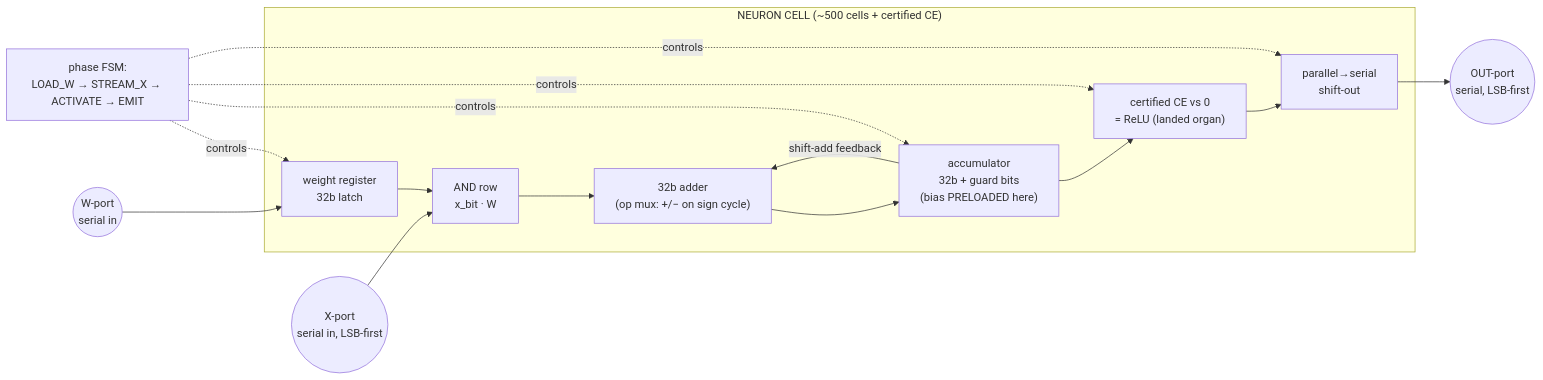
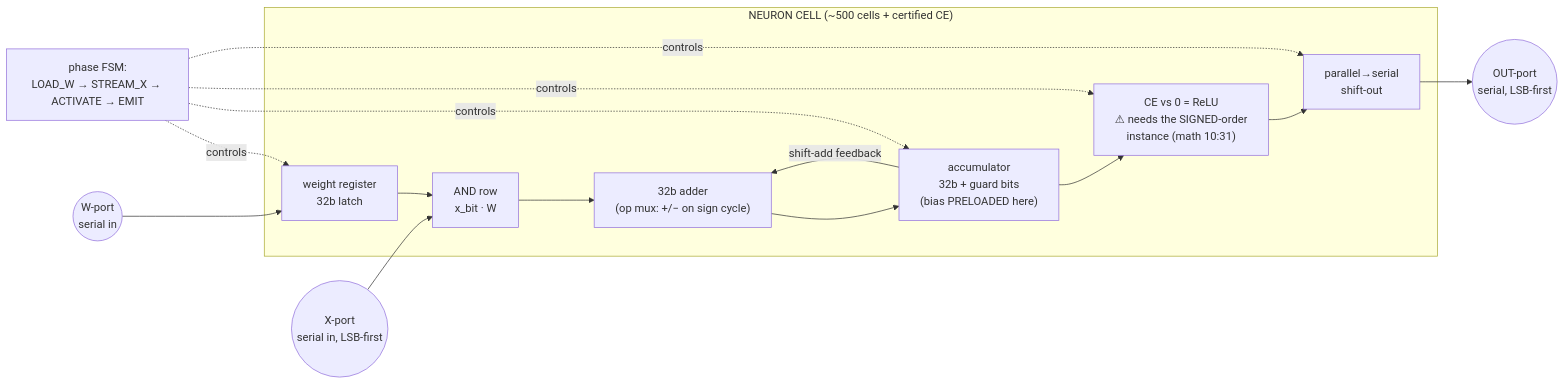
The first of 2 diagrams in docs/neural-fabric-poc-design-v1.md (jyh/saltworks), drawn with Mermaid before and after one commit. The commit also changed other lines of this file, not shown here.

Commit message:
saltworks: PoC package v1.1 — math's 10:31 refutation folded at all four claim sites (CE-as-ReLU needs the SIGNED-order instance; unsigned ReLU is silently affine); the owed instance scoped into the math probe

````diff
--- a/docs/neural-fabric-poc-design-v1.md
+++ b/docs/neural-fabric-poc-design-v1.md
@@ -25,17 +25,17 @@
 ```mermaid
 flowchart LR
   subgraph CELL["NEURON CELL (~500 cells + certified CE)"]
     WREG["weight register<br/>32b latch"]
     AND["AND row<br/>x_bit · W"]
     ADD["32b adder<br/>(op mux: +/− on sign cycle)"]
     ACC["accumulator<br/>32b + guard bits<br/>(bias PRELOADED here)"]
-    CE["certified CE vs 0<br/>= ReLU (landed organ)"]
+    CE["CE vs 0 = ReLU<br/>⚠ needs the SIGNED-order<br/>instance (math 10:31)"]
     SER["parallel→serial<br/>shift-out"]
   end
   WP(("W-port<br/>serial in")) --> WREG
   XP(("X-port<br/>serial in, LSB-first")) --> AND
   WREG --> AND --> ADD --> ACC
   ACC -->|shift-add feedback| ADD
   ACC --> CE --> SER --> OP(("OUT-port<br/>serial, LSB-first"))
   FSM["phase FSM:<br/>LOAD_W → STREAM_X → ACTIVATE → EMIT"] -.controls.-> WREG & ACC & CE & SER
 ```
````
